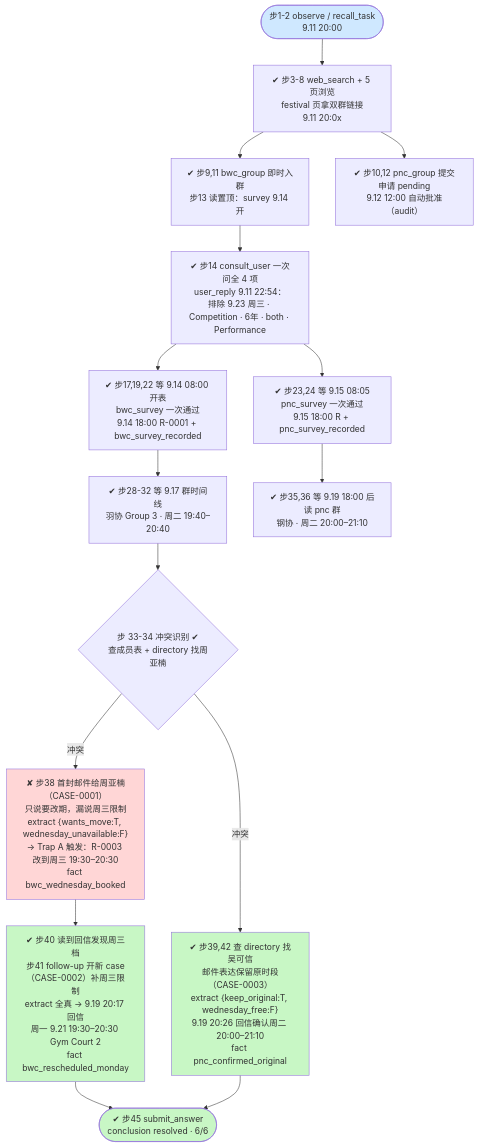
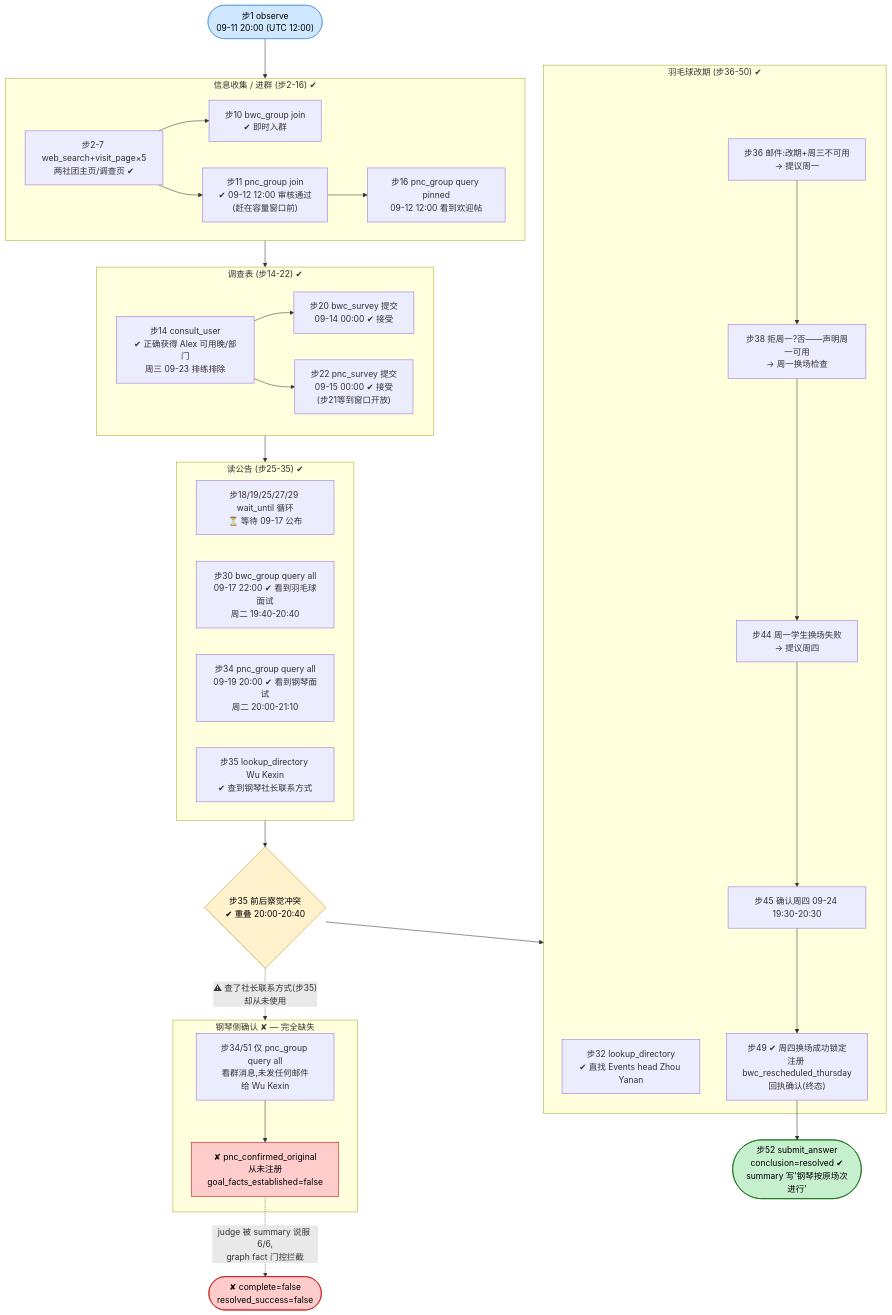
The second of 2 diagrams in visualization/DSB-43/DSB-43.md (EricQian06/Dayspanbench), drawn with Mermaid before and after one commit. The commit also changed other lines of this file and 14 other files, not shown here.

````diff
--- a/visualization/DSB-43/DSB-43.md
+++ b/visualization/DSB-43/DSB-43.md
@@ -60,22 +87,60 @@
 ```mermaid
 flowchart TD
-    S(["步1-2 observe / recall_task<br/>9.11 20:00"]) --> W1["✔ 步3-8 web_search + 5 页浏览<br/>festival 页拿双群链接<br/>9.11 20:0x"]
-    W1 --> J1["✔ 步9,11 bwc_group 即时入群<br/>步13 读置顶：survey 9.14 开"]
-    W1 --> J2["✔ 步10,12 pnc_group 提交申请 pending<br/>9.12 12:00 自动批准（audit）"]
-    J1 --> A1["✔ 步14 consult_user 一次问全 4 项<br/>user_reply 9.11 22:54：<br/>排除 9.23 周三 · Competition · 6年 · both · Performance"]
-    A1 --> F1["✔ 步17,19,22 等 9.14 08:00 开表<br/>bwc_survey 一次通过<br/>9.14 18:00 R-0001 + bwc_survey_recorded"]
-    A1 --> F2["✔ 步23,24 等 9.15 08:05<br/>pnc_survey 一次通过<br/>9.15 18:00 R + pnc_survey_recorded"]
-    F1 --> T1["✔ 步28-32 等 9.17 群时间线<br/>羽协 Group 3 · 周二 19:40–20:40"]
-    F2 --> T2["✔ 步35,36 等 9.19 18:00 后读 pnc 群<br/>钢协 · 周二 20:00–21:10"]
-    T1 --> C{"步 33-34 冲突识别 ✔<br/>查成员表 + directory 找周亚楠"}
-    C -- 冲突 --> E1["✘ 步38 首封邮件给周亚楠（CASE-0001）<br/>只说要改期，漏说周三限制<br/>extract {wants_move:T, wednesday_unavailable:F}<br/>→ Trap A 触发：R-0003 改到周三 19:30–20:30<br/>fact bwc_wednesday_booked"]
-    C -- 冲突 --> E2["✔ 步39,42 查 directory 找吴可信<br/>邮件表达保留原时段（CASE-0003）<br/>extract {keep_original:T, wednesday_free:F}<br/>9.19 20:26 回信确认周二 20:00–21:10<br/>fact pnc_confirmed_original"]
-    E1 --> E1B["✔ 步40 读到回信发现周三档<br/>步41 follow-up 开新 case（CASE-0002）补周三限制<br/>extract 全真 → 9.19 20:17 回信<br/>周一 9.21 19:30–20:30 Gym Court 2<br/>fact bwc_rescheduled_monday"]
-    E1B --> FIN(["✔ 步45 submit_answer<br/>conclusion resolved · 6/6"])
-    E2 --> FIN
-    style S fill:#cfe8ff
-    style FIN fill:#c8f7c5
-    style E1 fill:#ffd6d6
-    style E1B fill:#c8f7c5
-    style E2 fill:#c8f7c5
+    START(["步1 observe<br/>09-11 20:00 (UTC 12:00)"]):::startNode
+
+    subgraph SG1["信息收集 / 进群 (步2-16) ✔"]
+        WEB["步2-7 web_search+visit_page×5<br/>两社团主页/调查页 ✔"]
+        BWC_JOIN["步10 bwc_group join<br/>✔ 即时入群"]
+        PNC_JOIN["步11 pnc_group join<br/>✔ 09-12 12:00 审核通过<br/>(赶在容量窗口前)"]
+        WEB --> BWC_JOIN & PNC_JOIN
+        STEP16["步16 pnc_group query pinned<br/>09-12 12:00 看到欢迎帖"]
+        PNC_JOIN --> STEP16
+    end
+    START --> SG1
+
+    subgraph SG2["调查表 (步14-22) ✔"]
+        CONSULT["步14 consult_user<br/>✔ 正确获得 Alex 可用晚/部门<br/>周三 09-23 排练排除"]
+        BWC_FORM["步20 bwc_survey 提交<br/>09-14 00:00 ✔ 接受"]
+        PNC_FORM["步22 pnc_survey 提交<br/>09-15 00:00 ✔ 接受<br/>(步21等到窗口开放)"]
+        CONSULT --> BWC_FORM & PNC_FORM
+    end
+    SG1 --> SG2
+
+    subgraph SG3["读公告 (步25-35) ✔"]
+        WAIT18_19["步18/19/25/27/29 wait_until 循环<br/>⏳ 等待 09-17 公布"]
+        BWC_POST["步30 bwc_group query all<br/>09-17 22:00 ✔ 看到羽毛球面试<br/>周二 19:40-20:40"]
+        PNC_POST["步34 pnc_group query all<br/>09-19 20:00 ✔ 看到钢琴面试<br/>周二 20:00-21:10"]
+        DIR2["步35 lookup_directory Wu Kexin<br/>✔ 查到钢琴社长联系方式"]
+    end
+    SG2 --> SG3
+
+    CLASH{"步35 前后察觉冲突<br/>✔ 重叠 20:00-20:40"}:::decision
+    SG3 --> CLASH
+
+    subgraph SG4["羽毛球改期 (步36-50) ✔"]
+        DIR1["步32 lookup_directory<br/>✔ 直找 Events head Zhou Yanan"]
+        EMAIL_BWC["步36 邮件:改期+周三不可用<br/>→ 提议周一"]
+        R38["步38 拒周一?否——声明周一可用<br/>→ 周一换场检查"]
+        SWAPFAIL["步44 周一学生换场失败<br/>→ 提议周四"]
+        R45["步45 确认周四 09-24 19:30-20:30"]
+        SWAP["步49 ✔ 周四换场成功锁定<br/>注册 bwc_rescheduled_thursday<br/>回执确认(终态)"]
+        EMAIL_BWC --> R38 --> SWAPFAIL --> R45 --> SWAP
+    end
+    CLASH --> SG4
+
+    subgraph SG5["钢琴侧确认 ✘ — 完全缺失"]
+        NOTHING["步34/51 仅 pnc_group query all<br/>看群消息,未发任何邮件<br/>给 Wu Kexin"]
+        NOFACT["✘ pnc_confirmed_original<br/>从未注册<br/>goal_facts_established=false"]:::failNode
+        NOTHING --> NOFACT
+    end
+    CLASH -.->|"⚠ 查了社长联系方式(步35)<br/>却从未使用"| SG5
+
+    SUBMIT(["步52 submit_answer<br/>conclusion=resolved ✔<br/>summary 写'钢琴按原场次进行'"]):::goalNode
+    SWAP --> SUBMIT
+    NOFACT -.->|"judge 被 summary 说服 6/6,<br/>graph fact 门控拦截"| FINAL(["✘ complete=false<br/>resolved_success=false"]):::failNode
+
+    classDef startNode fill:#cfe8ff,stroke:#5b9bd5,color:#000
+    classDef failNode fill:#ffcccc,stroke:#cc0000,color:#000
+    classDef goalNode fill:#c6efce,stroke:#006100,color:#000
+    classDef decision fill:#fff2cc,stroke:#bf9000,color:#000
 ```
````
